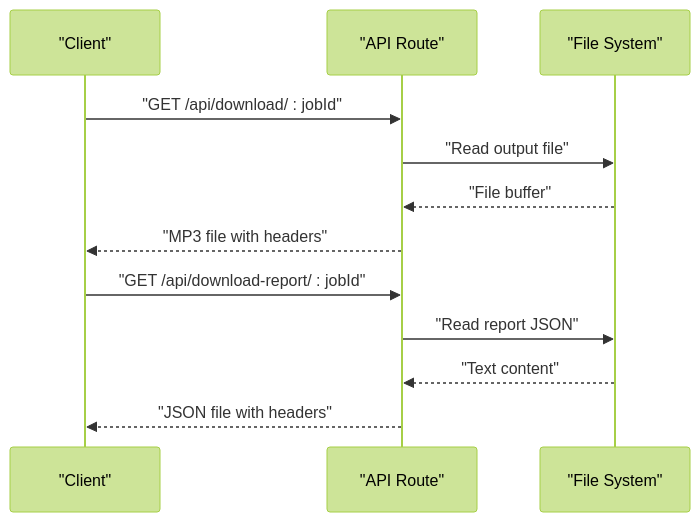
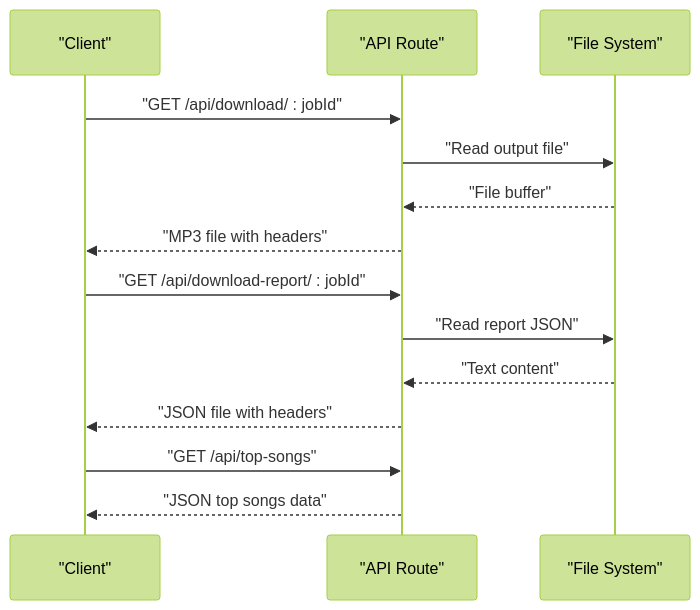
Before and after one commit to dkoukoul/kpop-random-dance-generator: diagram 11 of 13 in .qoder/repowiki/en/content/Core Services Architecture/Analytics and Tracking Service.md, drawn with Mermaid (forest theme). The commit also changed other lines of this file and 3 other files, not shown here.

````diff
--- a/.qoder/repowiki/en/content/Core Services Architecture/Analytics and Tracking Service.md
+++ b/.qoder/repowiki/en/content/Core Services Architecture/Analytics and Tracking Service.md
@@ -411,14 +449,16 @@
 ```mermaid
 sequenceDiagram
 participant Client as "Client"
 participant API as "API Route"
 participant FS as "File System"
 Client->>API : "GET /api/download/ : jobId"
 API->>FS : "Read output file"
 FS-->>API : "File buffer"
 API-->>Client : "MP3 file with headers"
 Client->>API : "GET /api/download-report/ : jobId"
 API->>FS : "Read report JSON"
 FS-->>API : "Text content"
 API-->>Client : "JSON file with headers"
+Client->>API : "GET /api/top-songs"
+API-->>Client : "JSON top songs data"
 ```
````
